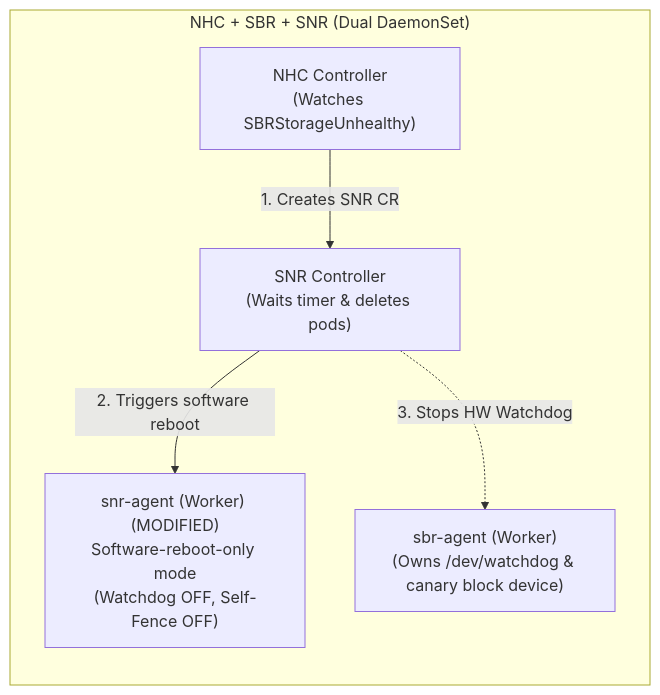
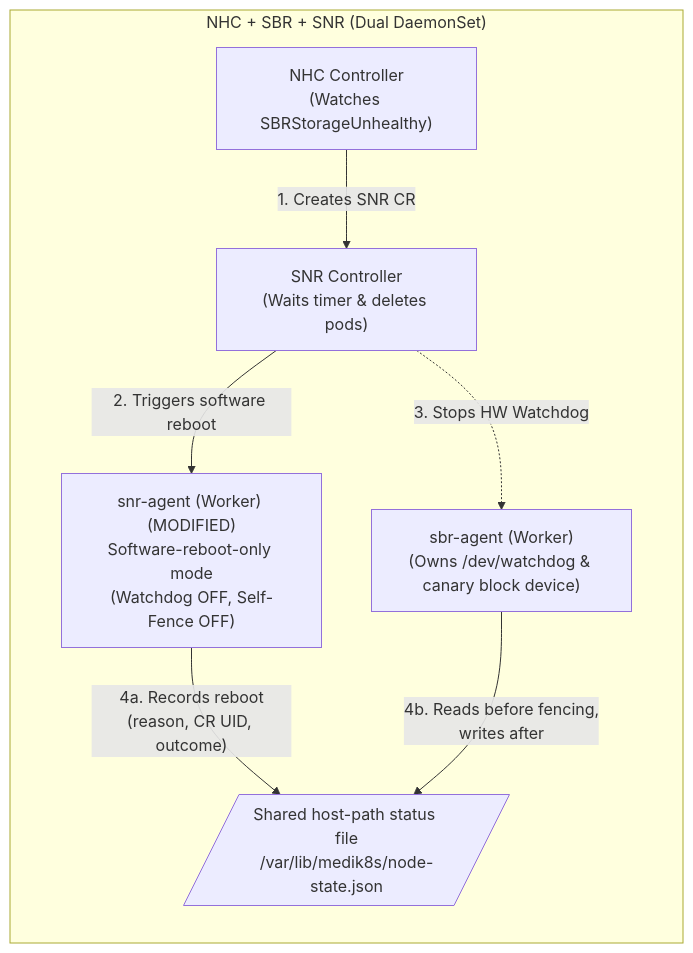
Before and after one commit to mpryc/storage-based-remediation: the sixth of 8 diagrams in docs/design/storage-arbitrated-remediation.md, drawn with Mermaid. The commit also changed other lines of this file, not shown here.

````diff
--- a/docs/design/storage-arbitrated-remediation.md
+++ b/docs/design/storage-arbitrated-remediation.md
@@ -343,9 +401,11 @@
 ```mermaid
 flowchart LR
   subgraph OPTA["NHC + SBR + SNR (Dual DaemonSet)"]
     direction TB
     NHCA["NHC Controller<br/>(Watches SBRStorageUnhealthy)"] -- "1. Creates SNR CR" --> SNRCA["SNR Controller<br/>(Waits timer & deletes pods)"]
     SNRCA -- "2. Triggers software reboot" --> SNRAA["snr-agent (Worker) (MODIFIED)<br/>Software-reboot-only mode<br/>(Watchdog OFF, Self-Fence OFF)"]
     SNRCA -. "3. Stops HW Watchdog" .-> SBRAA["sbr-agent (Worker)<br/>(Owns /dev/watchdog & canary block device)"]
+    SNRAA -- "4a. Records reboot<br/>(reason, CR UID, outcome)" --> HPA[/"Shared host-path status file<br/>/var/lib/medik8s/node-state.json"/]
+    SBRAA -- "4b. Reads before fencing,<br/>writes after" --> HPA
   end
 ```
````
